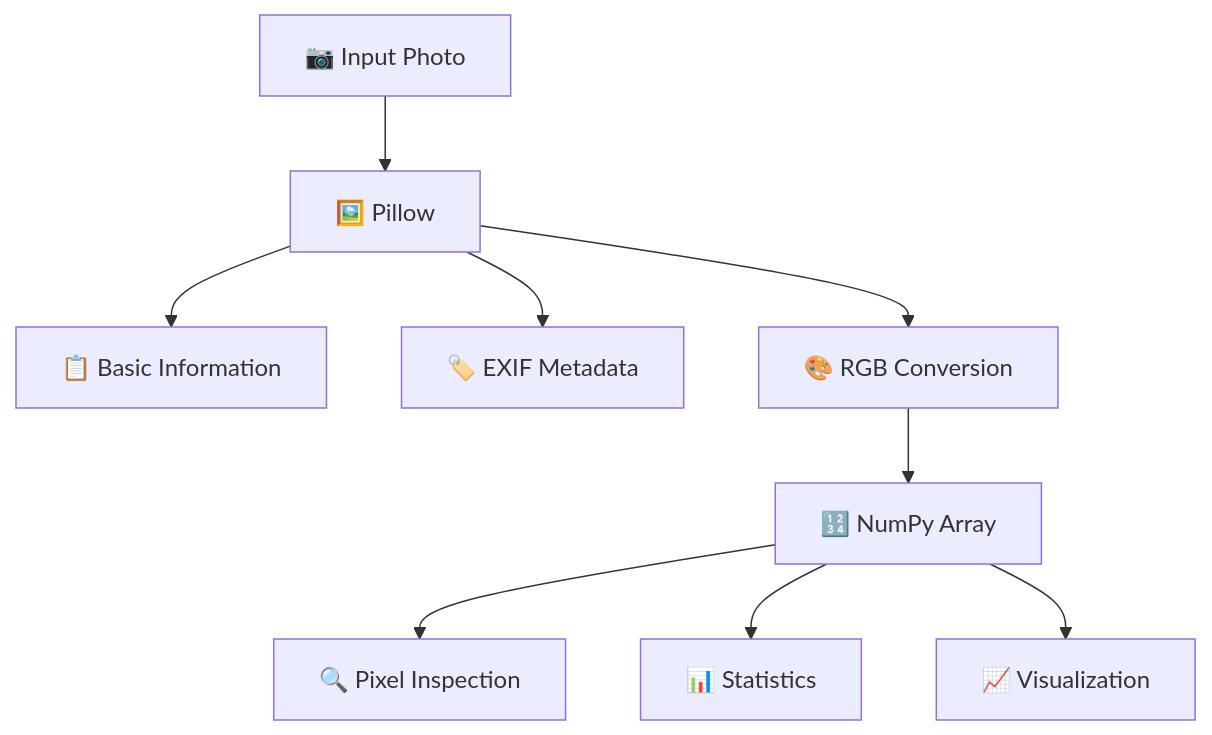
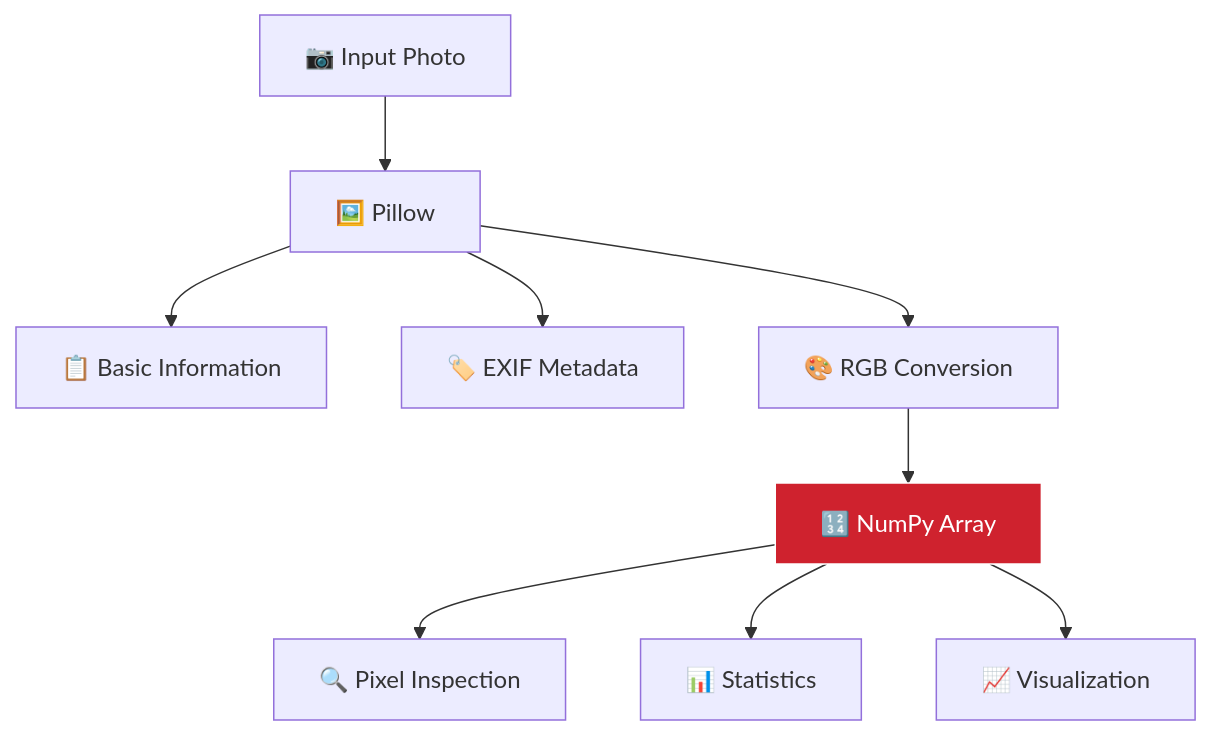
Before and after one commit to Sahal111/Image_Analyzer: the second of 2 diagrams in Readme.md, drawn with Mermaid. The commit also changed other lines of this file, not shown here.

````diff
--- a/Readme.md
+++ b/Readme.md
@@ -128,11 +196,13 @@
 ```mermaid
 flowchart TD
-    A[📷 Input Photo] --> B[🖼️ Pillow]
-    B --> C[📋 Basic Information]
-    B --> D[🏷️ EXIF Metadata]
-    B --> E[🎨 RGB Conversion]
-    E --> F[🔢 NumPy Array]
-    F --> G[🔍 Pixel Inspection]
-    F --> H[📊 Statistics]
-    F --> I[📈 Visualization]
+    A["📷 Input Photo"] --> B["🖼️ Pillow"]
+    B --> C["📋 Basic Information"]
+    B --> D["🏷️ EXIF Metadata"]
+    B --> E["🎨 RGB Conversion"]
+    E --> F["🔢 NumPy Array"]
+    F --> G["🔍 Pixel Inspection"]
+    F --> H["📊 Statistics"]
+    F --> I["📈 Visualization"]
+
+    style F fill:#cf222e,color:#fff,stroke:#fff
 ```
````
